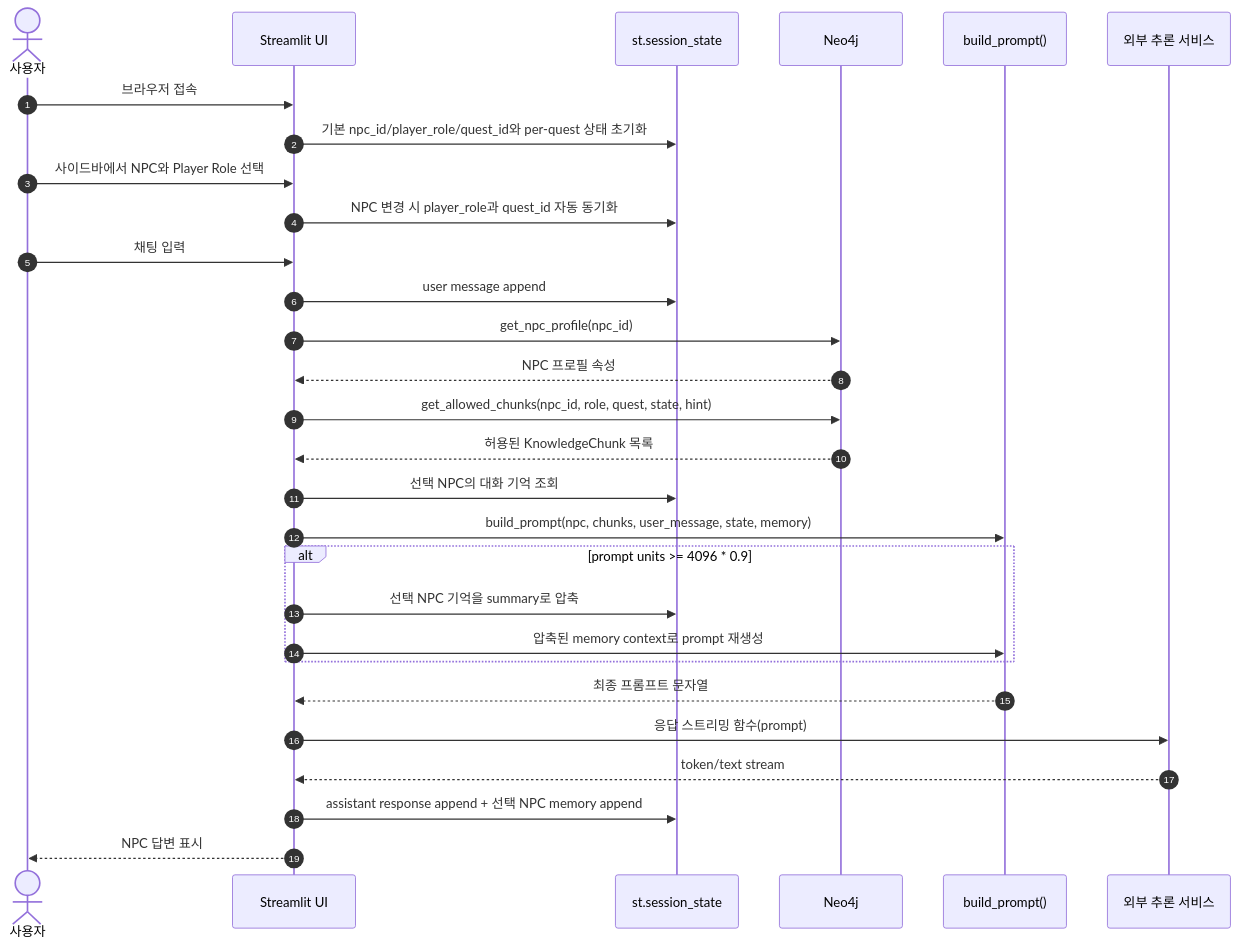
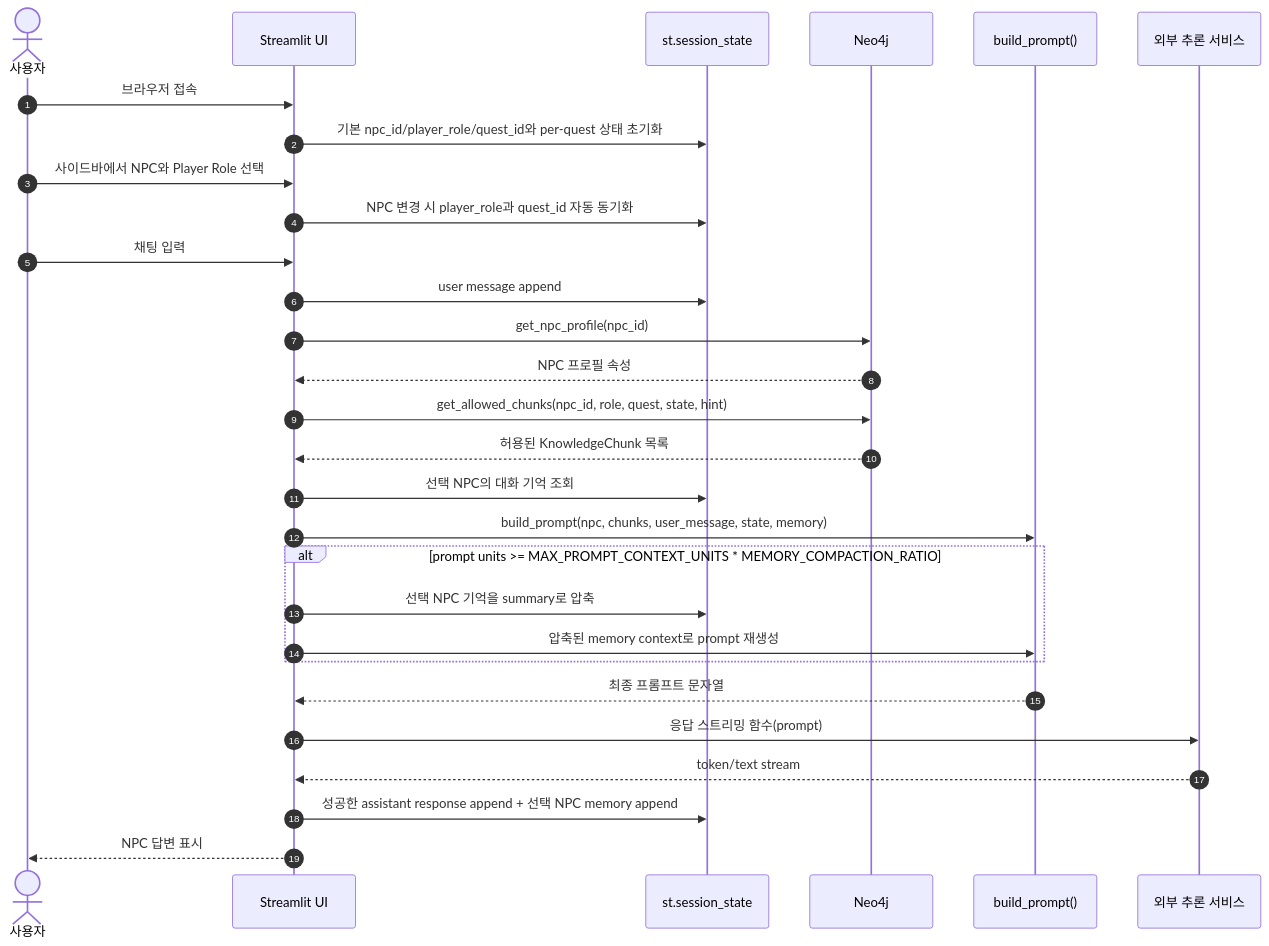
One commit to HRDI0/npc_persona changed the ninth of 21 diagrams in docs/system_architecture.md. Above: the diagram before and after it, drawn with Mermaid. The commit also changed other lines of this file and 31 other files, not shown here.

````diff
--- a/docs/system_architecture.md
+++ b/docs/system_architecture.md
@@ -458,32 +458,32 @@
 ```mermaid
 sequenceDiagram
     autonumber
     actor User as 사용자
     participant UI as Streamlit UI
     participant State as st.session_state
     participant Neo4j as Neo4j
     participant Prompt as build_prompt()
     participant Infer as 외부 추론 서비스
 
     User->>UI: 브라우저 접속
     UI->>State: 기본 npc_id/player_role/quest_id와 per-quest 상태 초기화
     User->>UI: 사이드바에서 NPC와 Player Role 선택
     UI->>State: NPC 변경 시 player_role과 quest_id 자동 동기화
     User->>UI: 채팅 입력
     UI->>State: user message append
     UI->>Neo4j: get_npc_profile(npc_id)
     Neo4j-->>UI: NPC 프로필 속성
     UI->>Neo4j: get_allowed_chunks(npc_id, role, quest, state, hint)
     Neo4j-->>UI: 허용된 KnowledgeChunk 목록
     UI->>State: 선택 NPC의 대화 기억 조회
     UI->>Prompt: build_prompt(npc, chunks, user_message, state, memory)
-    alt prompt units >= 4096 * 0.9
+    alt prompt units >= MAX_PROMPT_CONTEXT_UNITS * MEMORY_COMPACTION_RATIO
         UI->>State: 선택 NPC 기억을 summary로 압축
         UI->>Prompt: 압축된 memory context로 prompt 재생성
     end
     Prompt-->>UI: 최종 프롬프트 문자열
     UI->>Infer: 응답 스트리밍 함수(prompt)
     Infer-->>UI: token/text stream
-    UI->>State: assistant response append + 선택 NPC memory append
+    UI->>State: 성공한 assistant response append + 선택 NPC memory append
     UI-->>User: NPC 답변 표시
 ```
````
